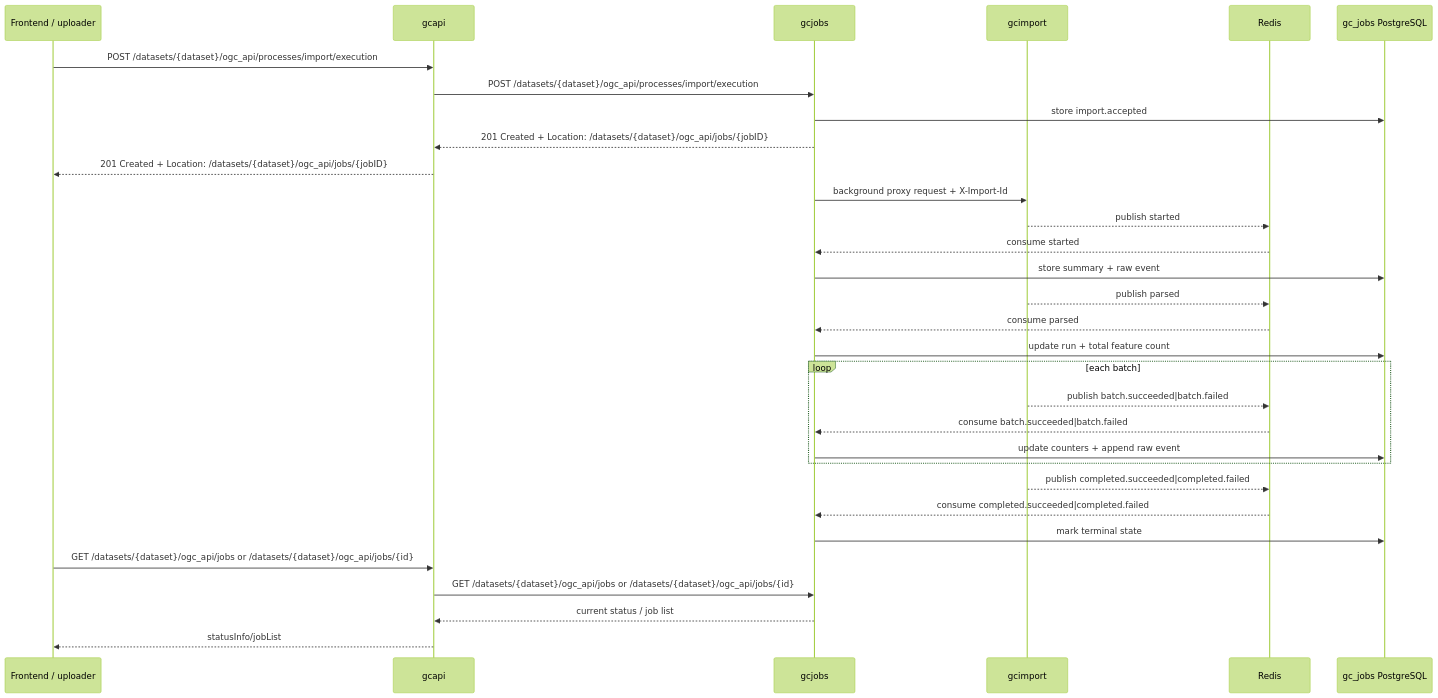
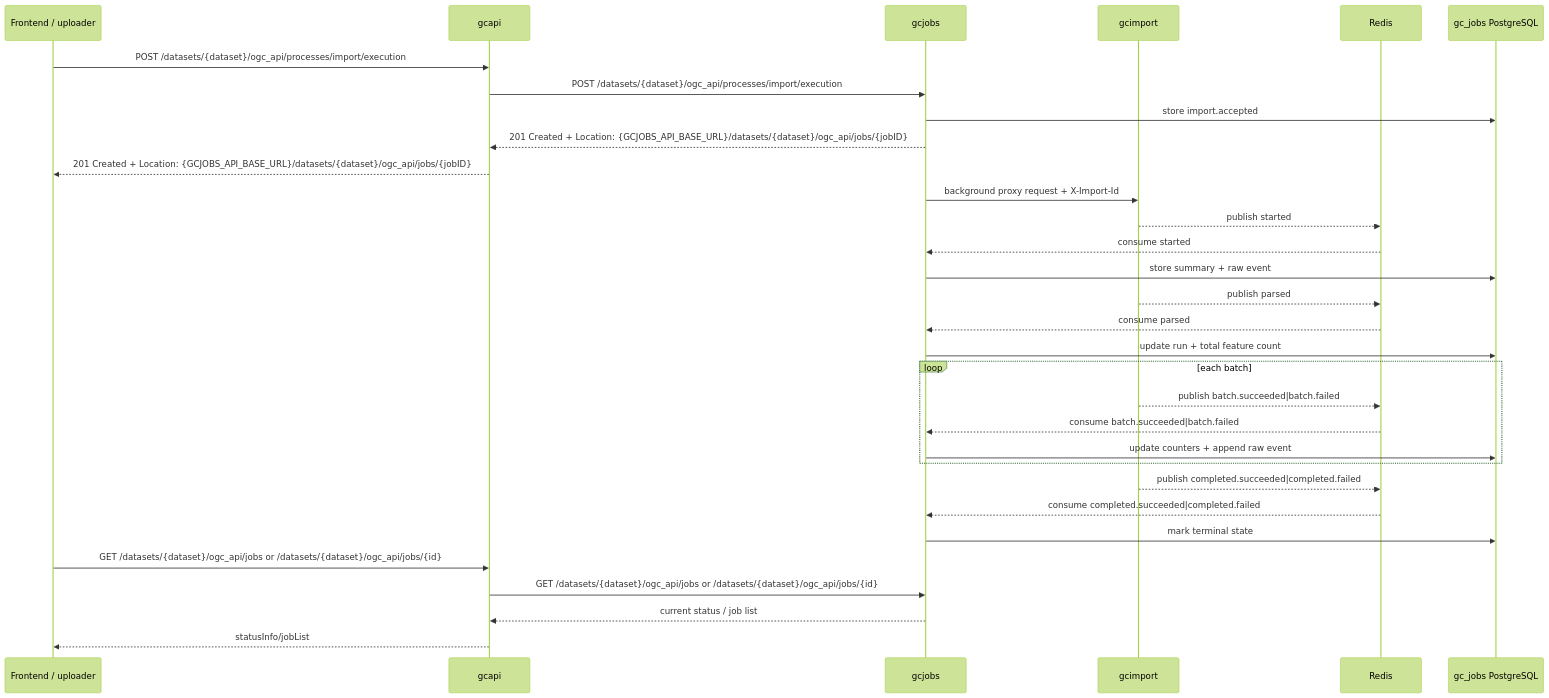
One commit to kartverket/topografisk-gdb-api changed the eighth of 10 diagrams in docs/ARCHITECTURE.md. Above: the diagram before and after it, drawn with Mermaid (forest theme). The commit also changed other lines of this file and 31 other files, not shown here.

````diff
--- a/docs/ARCHITECTURE.md
+++ b/docs/ARCHITECTURE.md
@@ -332,37 +334,37 @@
 ```mermaid
 sequenceDiagram
   participant FE as Frontend / uploader
   participant A as gcapi
   participant J as gcjobs
   participant I as gcimport
   participant R as Redis
   participant JDB as gc_jobs PostgreSQL
 
   FE->>A: POST /datasets/{dataset}/ogc_api/processes/import/execution
   A->>J: POST /datasets/{dataset}/ogc_api/processes/import/execution
   J->>JDB: store import.accepted
-  J-->>A: 201 Created + Location: /datasets/{dataset}/ogc_api/jobs/{jobID}
-  A-->>FE: 201 Created + Location: /datasets/{dataset}/ogc_api/jobs/{jobID}
+  J-->>A: 201 Created + Location: {GCJOBS_API_BASE_URL}/datasets/{dataset}/ogc_api/jobs/{jobID}
+  A-->>FE: 201 Created + Location: {GCJOBS_API_BASE_URL}/datasets/{dataset}/ogc_api/jobs/{jobID}
   J->>I: background proxy request + X-Import-Id
   I-->>R: publish started
   R-->>J: consume started
   J->>JDB: store summary + raw event
 
   I-->>R: publish parsed
   R-->>J: consume parsed
   J->>JDB: update run + total feature count
 
   loop each batch
     I-->>R: publish batch.succeeded|batch.failed
     R-->>J: consume batch.succeeded|batch.failed
     J->>JDB: update counters + append raw event
   end
 
   I-->>R: publish completed.succeeded|completed.failed
   R-->>J: consume completed.succeeded|completed.failed
   J->>JDB: mark terminal state
   FE->>A: GET /datasets/{dataset}/ogc_api/jobs or /datasets/{dataset}/ogc_api/jobs/{id}
   A->>J: GET /datasets/{dataset}/ogc_api/jobs or /datasets/{dataset}/ogc_api/jobs/{id}
   J-->>A: current status / job list
   A-->>FE: statusInfo/jobList
 ```
````
